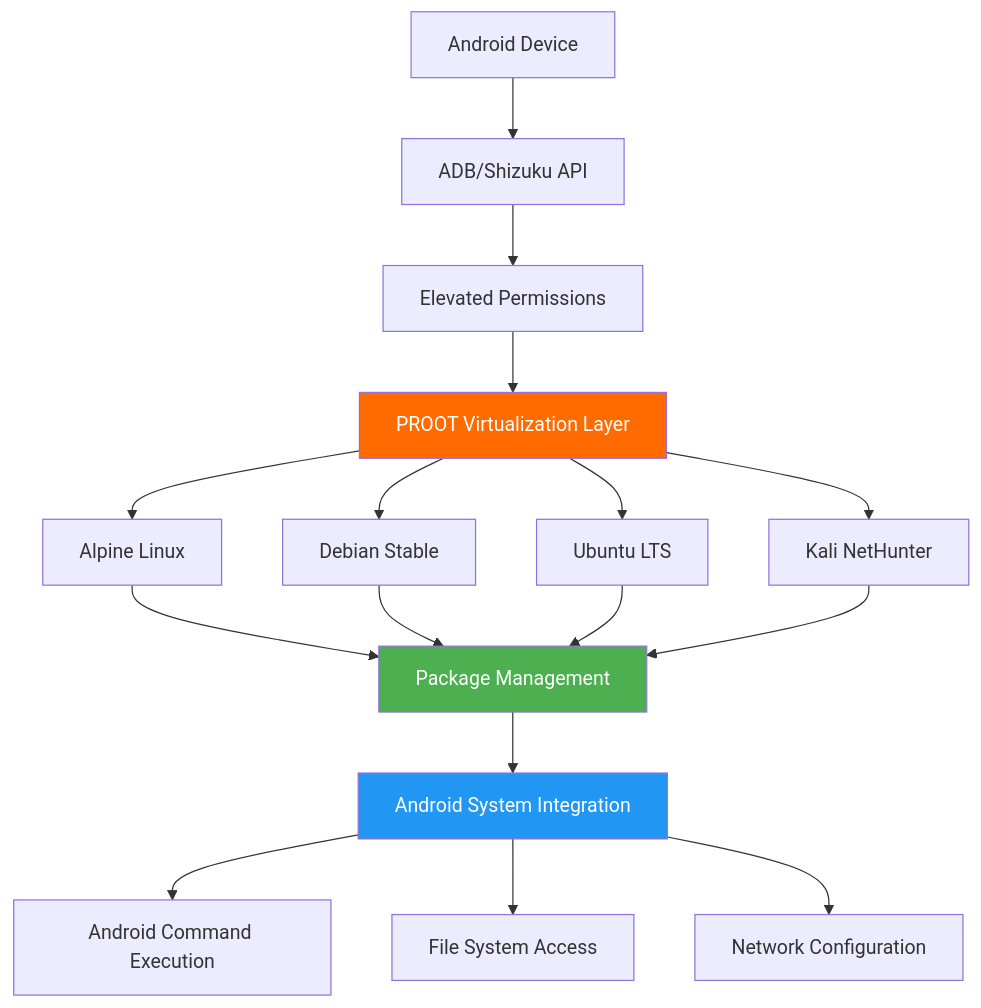
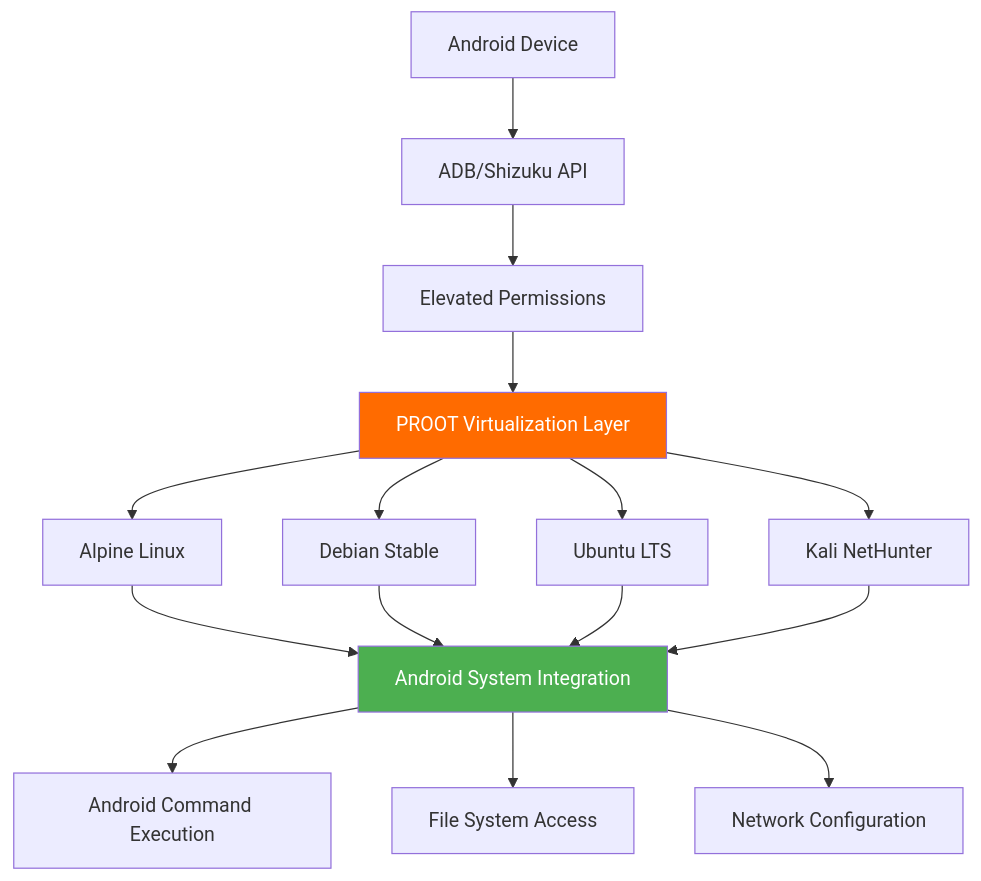
One commit to Saikatsaha1996/AndroSH changed the diagram in README.md. Above: the diagram before and after it, drawn with Mermaid.

````diff
--- a/README.md
+++ b/README.md
@@ -149,25 +149,23 @@
 ```mermaid
 graph TD
     A[Android Device] --> B[ADB/Shizuku API]
     B --> C[Elevated Permissions]
     C --> D[PROOT Virtualization Layer]
     
     D --> E[Alpine Linux]
     D --> F[Debian Stable]
     D --> G[Ubuntu LTS]
     D --> H[Kali NetHunter]
     
-    E --> I[Package Management]
+    E --> I[Android System Integration]
     F --> I
     G --> I
     H --> I
     
-    I --> J[Android System Integration]
-    J --> K[Android Command Execution]
-    J --> L[File System Access]
-    J --> M[Network Configuration]
+    I --> K[Android Command Execution]
+    I --> L[File System Access]
+    I --> M[Network Configuration]
     
     style D fill:#FF6B00,color:white
     style I fill:#4CAF50,color:white
-    style J fill:#2196F3,color:white
 ```
````
